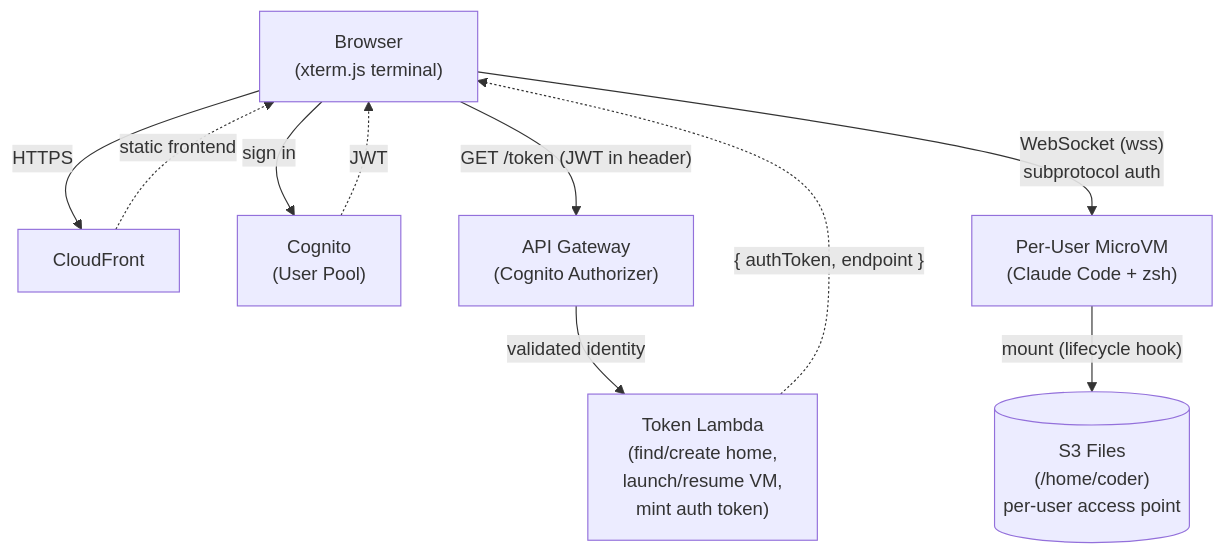
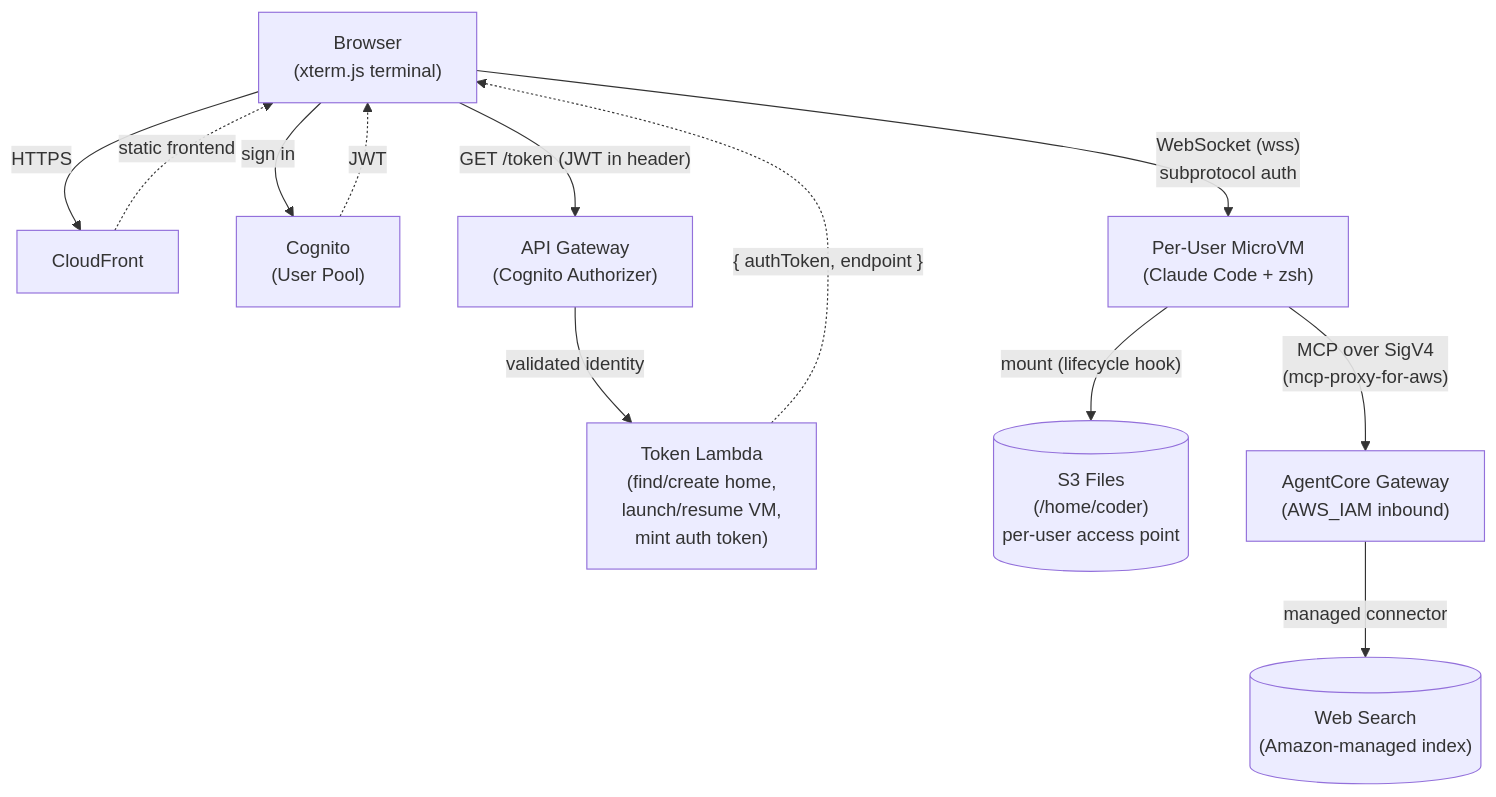
One commit to singledigit/microvm-dev-environment changed the diagram in README.md. Above: the diagram before and after it, drawn with Mermaid. The commit also changed other lines of this file and 8 other files, not shown here.

First line of the commit message:
Update to Opus 5 and add AgentCore Web Search

````diff
--- a/README.md
+++ b/README.md
@@ -19,21 +19,25 @@
 ```mermaid
 flowchart TD
     UI["Browser<br/>(xterm.js terminal)"]
 
     CF["CloudFront"]
     COG["Cognito<br/>(User Pool)"]
     APIGW["API Gateway<br/>(Cognito Authorizer)"]
     TOKENFN["Token Lambda<br/>(find/create home,<br/>launch/resume VM,<br/>mint auth token)"]
     MVM["Per-User MicroVM<br/>(Claude Code + zsh)"]
     S3FILES[("S3 Files<br/>(/home/coder)<br/>per-user access point")]
+    ACGW["AgentCore Gateway<br/>(AWS_IAM inbound)"]
+    WEBSEARCH[("Web Search<br/>(Amazon-managed index)")]
 
     UI -->|HTTPS| CF
     CF -.->|static frontend| UI
     UI -->|sign in| COG
     COG -.->|JWT| UI
     UI -->|"GET /token (JWT in header)"| APIGW
     APIGW -->|validated identity| TOKENFN
     TOKENFN -.->|"{ authToken, endpoint }"| UI
     UI -->|"WebSocket (wss)<br/>subprotocol auth"| MVM
     MVM -->|"mount (lifecycle hook)"| S3FILES
+    MVM -->|"MCP over SigV4<br/>(mcp-proxy-for-aws)"| ACGW
+    ACGW -->|"managed connector"| WEBSEARCH
 ```
````
